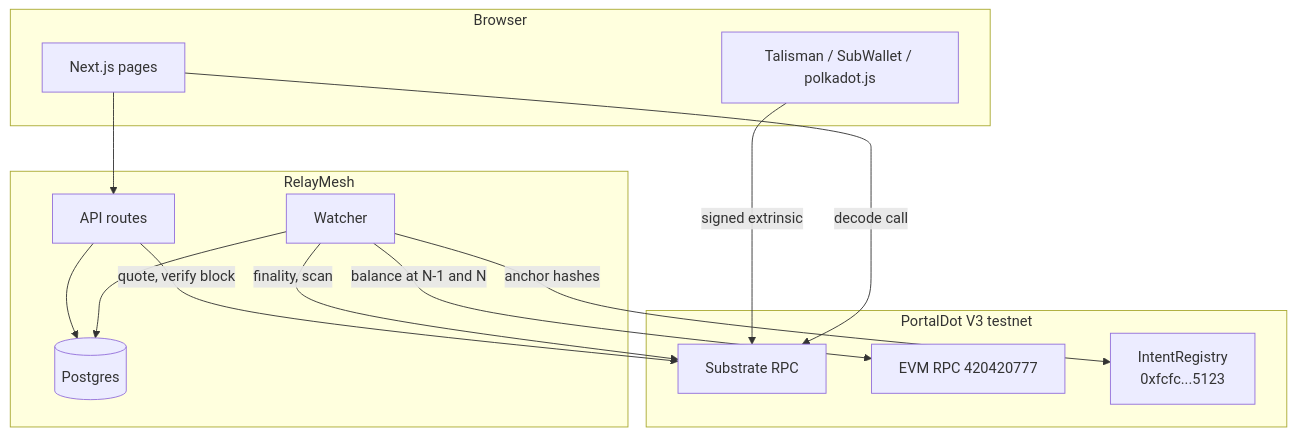
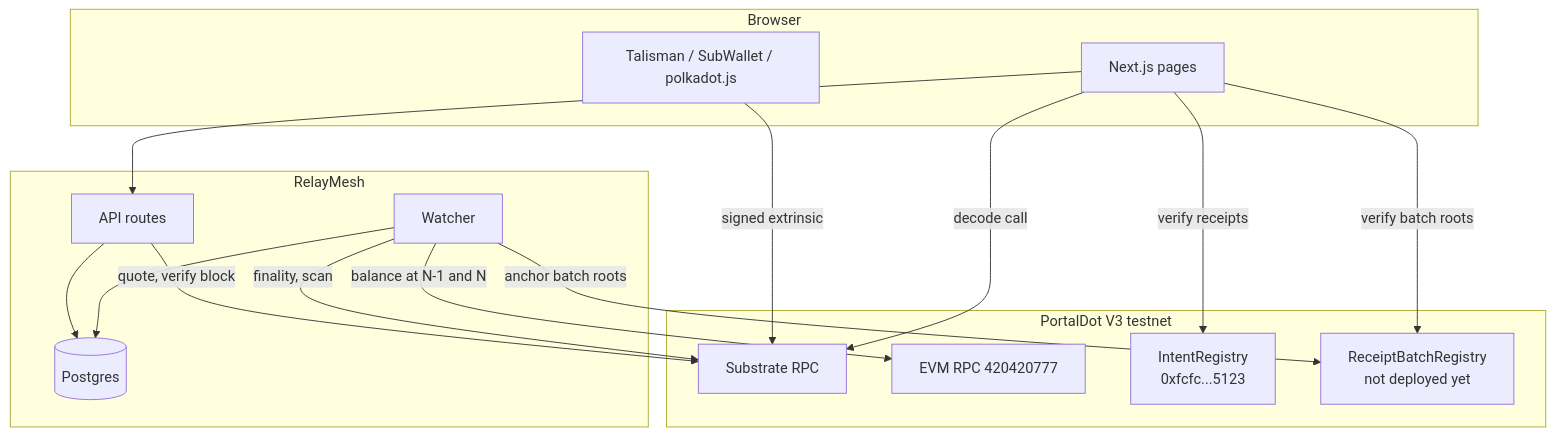
The first of 2 diagrams in README.md (Saber1Y/RelayMesh), drawn with Mermaid before and after one commit. The commit also changed other lines of this file and 1 other file, not shown here.

Commit message:
docs: describe batch anchoring, its leaf format, thresholds and recovery

````diff
--- a/README.md
+++ b/README.md
@@ -162,26 +176,29 @@
 ```mermaid
 flowchart TB
     subgraph Client[Browser]
         UI[Next.js pages]
         Wallet[Talisman / SubWallet / polkadot.js]
     end
     subgraph Server[RelayMesh]
         API[API routes]
         Worker[Watcher]
         PG[(Postgres)]
     end
     subgraph V3[PortalDot V3 testnet]
         Sub[Substrate RPC]
         EVM[EVM RPC 420420777]
         Reg[IntentRegistry<br/>0xfcfc...5123]
+        Batch[ReceiptBatchRegistry<br/>not deployed yet]
     end
     UI --> API
     Wallet -->|signed extrinsic| Sub
     UI -->|decode call| Sub
     API -->|quote, verify block| Sub
     API --> PG
     Worker --> PG
     Worker -->|finality, scan| Sub
     Worker -->|balance at N-1 and N| EVM
-    Worker -->|anchor hashes| Reg
+    Worker -->|anchor batch roots| Batch
+    UI -->|verify receipts| Reg
+    UI -->|verify batch roots| Batch
 ```
````
